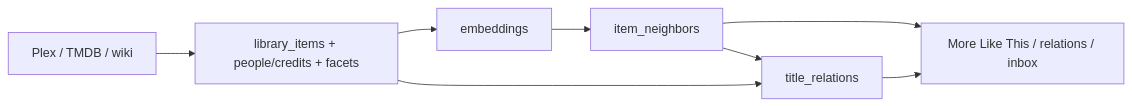
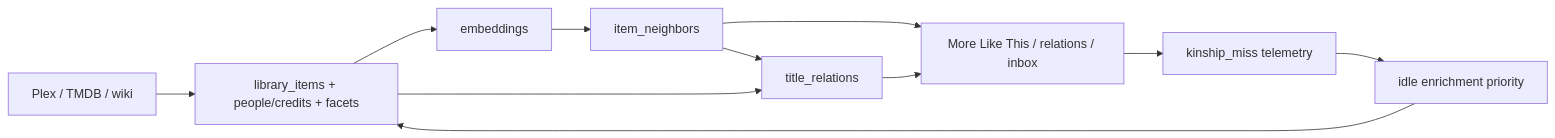
Before and after one commit to romwil/projectionist: the diagram in docs/MEDIA_INTELLIGENCE.md, drawn with Mermaid. The commit also changed other lines of this file and 29 other files, not shown here.

````diff
--- a/docs/MEDIA_INTELLIGENCE.md
+++ b/docs/MEDIA_INTELLIGENCE.md
@@ -17,16 +17,21 @@
 ```mermaid
 flowchart LR
   sources[Plex / TMDB / wiki]
   items[library_items + people/credits + facets]
   emb[embeddings]
   neigh[item_neighbors]
   rel[title_relations]
   ui[More Like This / relations / inbox]
+  miss[kinship_miss telemetry]
+  idle[idle enrichment priority]
   sources --> items
   items --> emb
   emb --> neigh
   neigh --> rel
   items --> rel
   neigh --> ui
   rel --> ui
+  ui --> miss
+  miss --> idle
+  idle --> items
 ```
````
